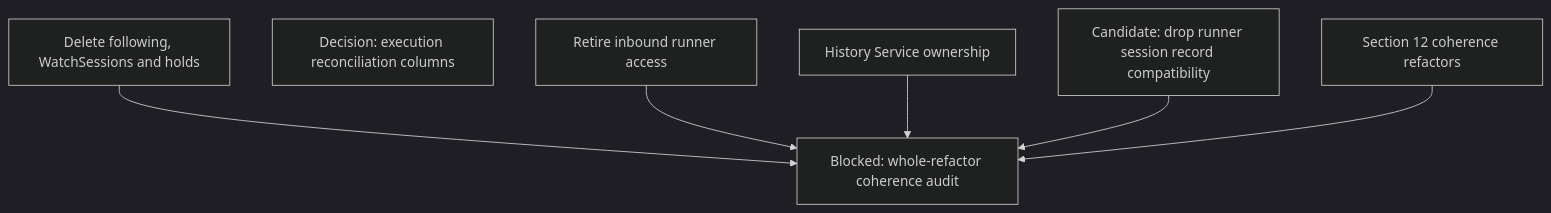
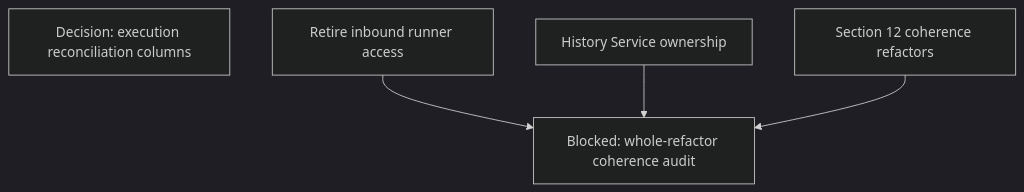
Before and after one commit to agentydragon-agent/ducktape: diagram 11 of 13 in agentplane/plans/task_dag.md, drawn with Mermaid (dark theme). The commit also changed other lines of this file and 160 other files, not shown here.

First line of the commit message:
agentplane/history_service: stop following Sessions (#9995)

````diff
--- a/agentplane/plans/task_dag.md
+++ b/agentplane/plans/task_dag.md
@@ -775,11 +761,8 @@
 ```mermaid
 flowchart TD
-    RUNNER_SESSION_RECORD_SHIMS[Candidate: drop runner session record compatibility]
     ACTION_EXECUTION_AUDIT_TRIM[Decision: execution reconciliation columns]
     REFACTOR_COHERENCE_AUDIT[Blocked: whole-refactor coherence audit]
-    FOLLOW_PATH_RETIRE[Delete following, WatchSessions and holds] --> REFACTOR_COHERENCE_AUDIT
     RUNNER_INBOUND_RETIRE[Retire inbound runner access] --> REFACTOR_COHERENCE_AUDIT
     HISTORY_SERVICE_OWNERSHIP[History Service ownership] --> REFACTOR_COHERENCE_AUDIT
-    RUNNER_SESSION_RECORD_SHIMS --> REFACTOR_COHERENCE_AUDIT
     COHERENCE_REFACTORS[Section 12 coherence refactors] --> REFACTOR_COHERENCE_AUDIT
 ```
````
